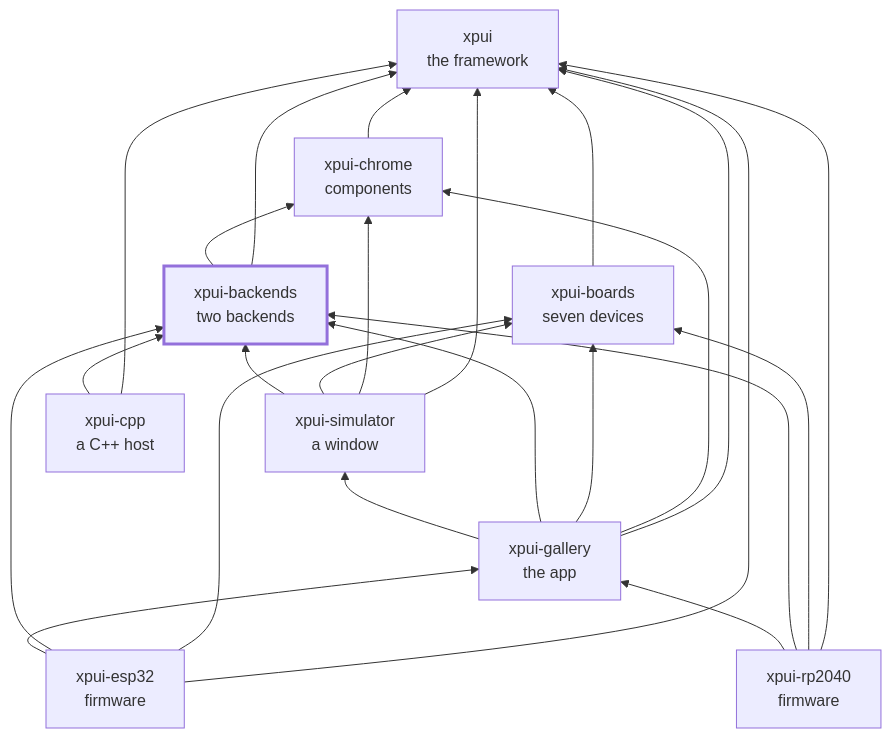
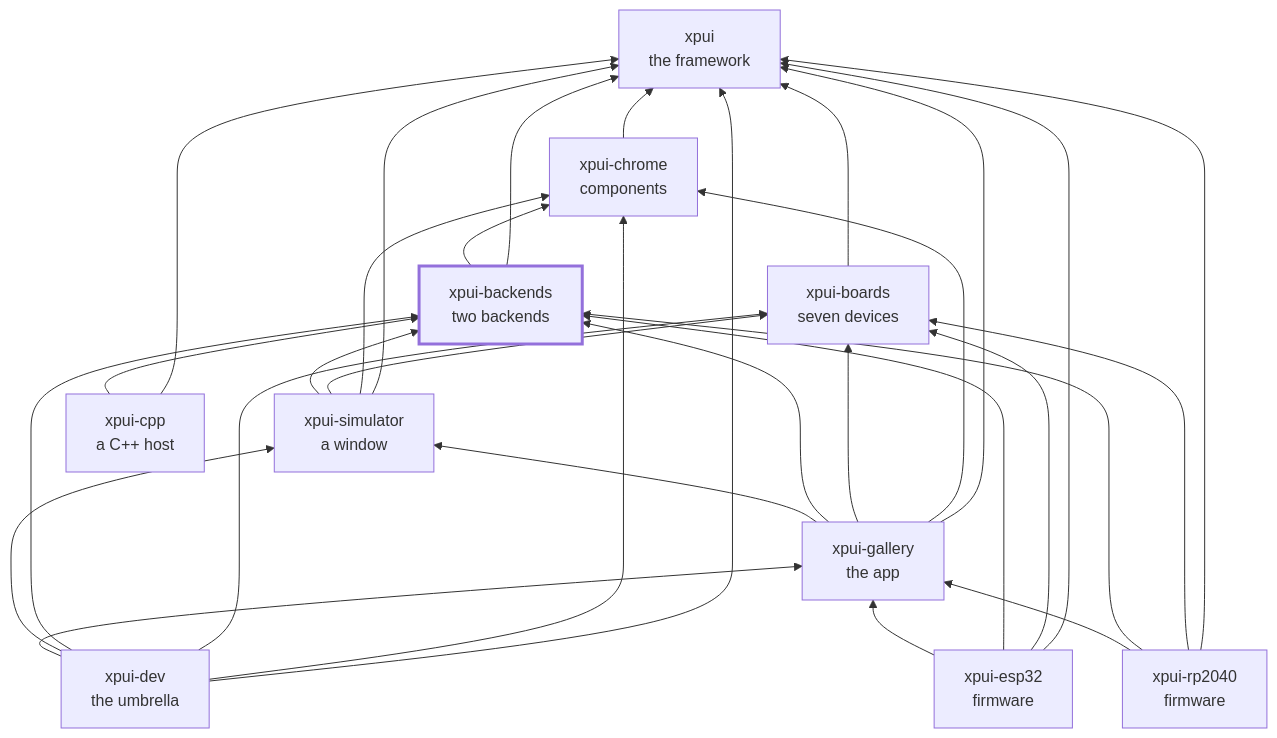
The second of 2 diagrams in README.md (XPUI-Framework/xpui-backends), drawn with Mermaid before and after one commit.

````diff
--- a/README.md
+++ b/README.md
@@ -80,36 +80,43 @@
 ```mermaid
 flowchart BT
   xpui["xpui<br/>the framework"]
   chrome["xpui-chrome<br/>components"]
   boards["xpui-boards<br/>seven devices"]
   backends["xpui-backends<br/>two backends"]
   simulator["xpui-simulator<br/>a window"]
   gallery["xpui-gallery<br/>the app"]
   rp2040["xpui-rp2040<br/>firmware"]
   esp32["xpui-esp32<br/>firmware"]
   cpp["xpui-cpp<br/>a C++ host"]
+  dev["xpui-dev<br/>the umbrella"]
   chrome --> xpui
   boards --> xpui
   backends --> xpui
   backends --> chrome
   simulator --> xpui
   simulator --> chrome
   simulator --> boards
   simulator --> backends
   gallery --> xpui
   gallery --> chrome
   gallery --> boards
   gallery --> backends
   gallery --> simulator
   rp2040 --> xpui
   rp2040 --> boards
   rp2040 --> backends
   rp2040 --> gallery
   esp32 --> xpui
   esp32 --> boards
   esp32 --> backends
   esp32 --> gallery
   cpp --> xpui
   cpp --> backends
+  dev --> xpui
+  dev --> chrome
+  dev --> boards
+  dev --> backends
+  dev --> simulator
+  dev --> gallery
   style backends stroke-width:3px
 ```
````
